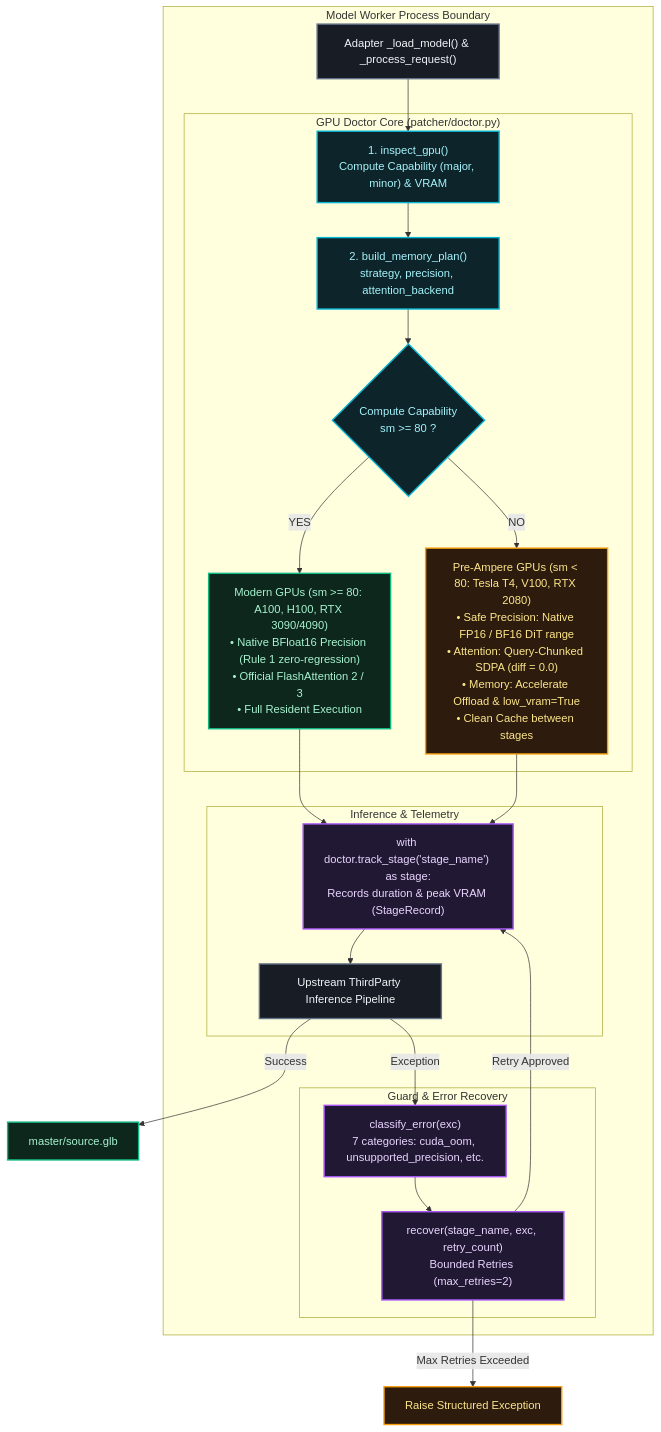
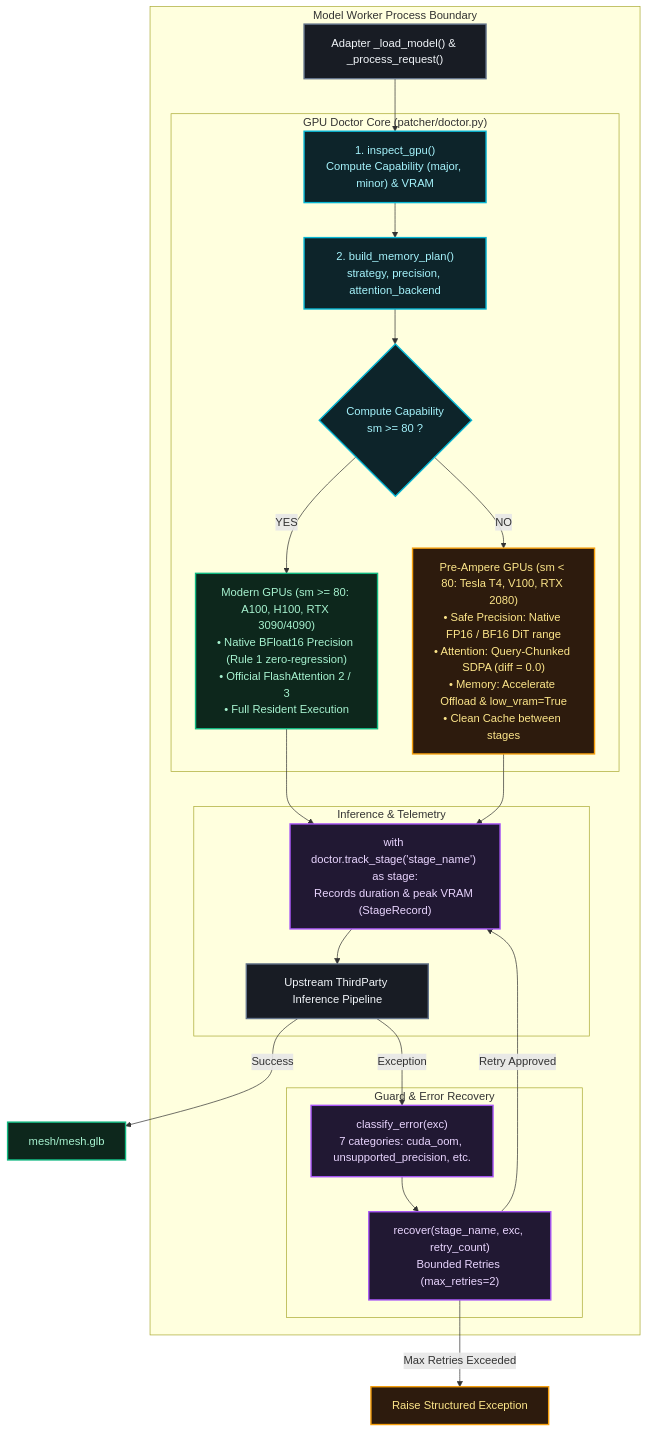
The second of 7 diagrams in Docs/ARCHITECTURE.md (Silentzx2/ForMesh3D), drawn with Mermaid before and after one commit. The commit also changed other lines of this file and 20 other files, not shown here.

````diff
--- a/Docs/ARCHITECTURE.md
+++ b/Docs/ARCHITECTURE.md
@@ -143,48 +143,48 @@
 ```mermaid
 flowchart TD
     %% Styling Definitions
     classDef worker fill:#181c24,stroke:#64748b,stroke-width:2px,color:#f1f5f9;
     classDef doctor fill:#0d242a,stroke:#06b6d4,stroke-width:2px,color:#a5f3fc;
     classDef modern fill:#0d271c,stroke:#10b981,stroke-width:2px,color:#a7f3d0;
     classDef preAmpere fill:#2d1b0d,stroke:#f59e0b,stroke-width:2px,color:#fde68a;
     classDef action fill:#211833,stroke:#a855f7,stroke-width:2px,color:#e9d5ff;
 
     subgraph SchedulerWorker ["Model Worker Process Boundary"]
         ADP["Adapter _load_model() & _process_request()"]:::worker
 
         subgraph DoctorCore ["GPU Doctor Core (patcher/doctor.py)"]
             PROBE["1. inspect_gpu()<br/>Compute Capability (major, minor) & VRAM"]:::doctor
             PLANNER["2. build_memory_plan()<br/>strategy, precision, attention_backend"]:::doctor
             BRANCH{"Compute Capability<br/>sm >= 80 ?"}:::doctor
 
             MODERN["Modern GPUs (sm >= 80: A100, H100, RTX 3090/4090)<br/>• Native BFloat16 Precision (Rule 1 zero-regression)<br/>• Official FlashAttention 2 / 3<br/>• Full Resident Execution"]:::modern
 
             PRE_AMPERE["Pre-Ampere GPUs (sm < 80: Tesla T4, V100, RTX 2080)<br/>• Safe Precision: Native FP16 / BF16 DiT range<br/>• Attention: Query-Chunked SDPA (diff = 0.0)<br/>• Memory: Accelerate Offload & low_vram=True<br/>• Clean Cache between stages"]:::preAmpere
         end
 
         subgraph RuntimeExecution ["Inference & Telemetry"]
             TRACK["with doctor.track_stage('stage_name') as stage:<br/>Records duration & peak VRAM (StageRecord)"]:::action
             PIPELINE["Upstream ThirdParty Inference Pipeline"]:::worker
         end
 
         subgraph ErrorHandling ["Guard & Error Recovery"]
             CLASSIFIER["classify_error(exc)<br/>7 categories: cuda_oom, unsupported_precision, etc."]:::action
             RECOVER["recover(stage_name, exc, retry_count)<br/>Bounded Retries (max_retries=2)"]:::action
         end
     end
 
     ADP --> PROBE
     PROBE --> PLANNER
     PLANNER --> BRANCH
     BRANCH -->|YES| MODERN
     BRANCH -->|NO| PRE_AMPERE
 
     MODERN --> TRACK
     PRE_AMPERE --> TRACK
     TRACK --> PIPELINE
-    PIPELINE -->|Success| OUT["master/source.glb"]:::modern
+    PIPELINE -->|Success| OUT["mesh/mesh.glb"]:::modern
     PIPELINE -->|Exception| CLASSIFIER
     CLASSIFIER --> RECOVER
     RECOVER -->|Retry Approved| TRACK
     RECOVER -->|Max Retries Exceeded| FAIL["Raise Structured Exception"]:::preAmpere
 ```
````
